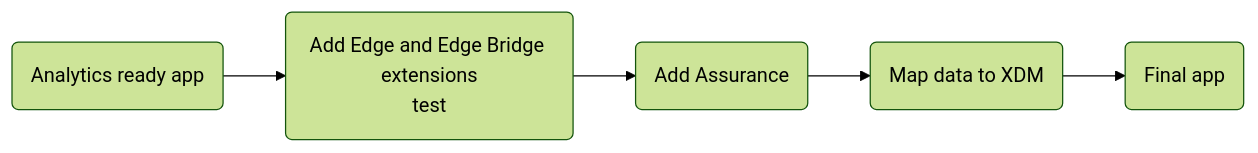
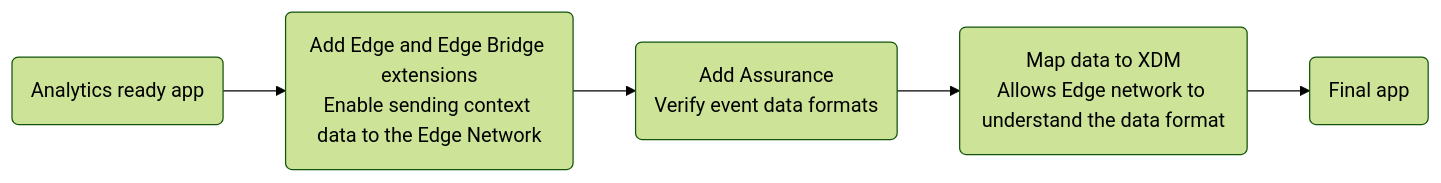
The diagram in Documentation/tutorials/edge-bridge-tutorial.md (adobe/aepsdk-edgebridge-ios), drawn with Mermaid (forest theme) before and after one commit.

Commit message:
Update document

````diff
--- a/Documentation/tutorials/edge-bridge-tutorial.md
+++ b/Documentation/tutorials/edge-bridge-tutorial.md
@@ -32,4 +32,4 @@
 ```mermaid
 graph LR;
-    step1(Analytics ready app) --> step2(Add Edge and Edge Bridge extensions<br/>test) --> step3(Add Assurance) --> step4(Map data to XDM) --> step5(Final app);
+    step1(Analytics ready app) --> step2(Add Edge and Edge Bridge extensions<br/>Enable sending context data to the Edge Network) --> step3(Add Assurance<br/>Verify event data formats) --> step4(Map data to XDM<br/>Allows Edge network to understand the data format) --> step5(Final app);
 ```
````
